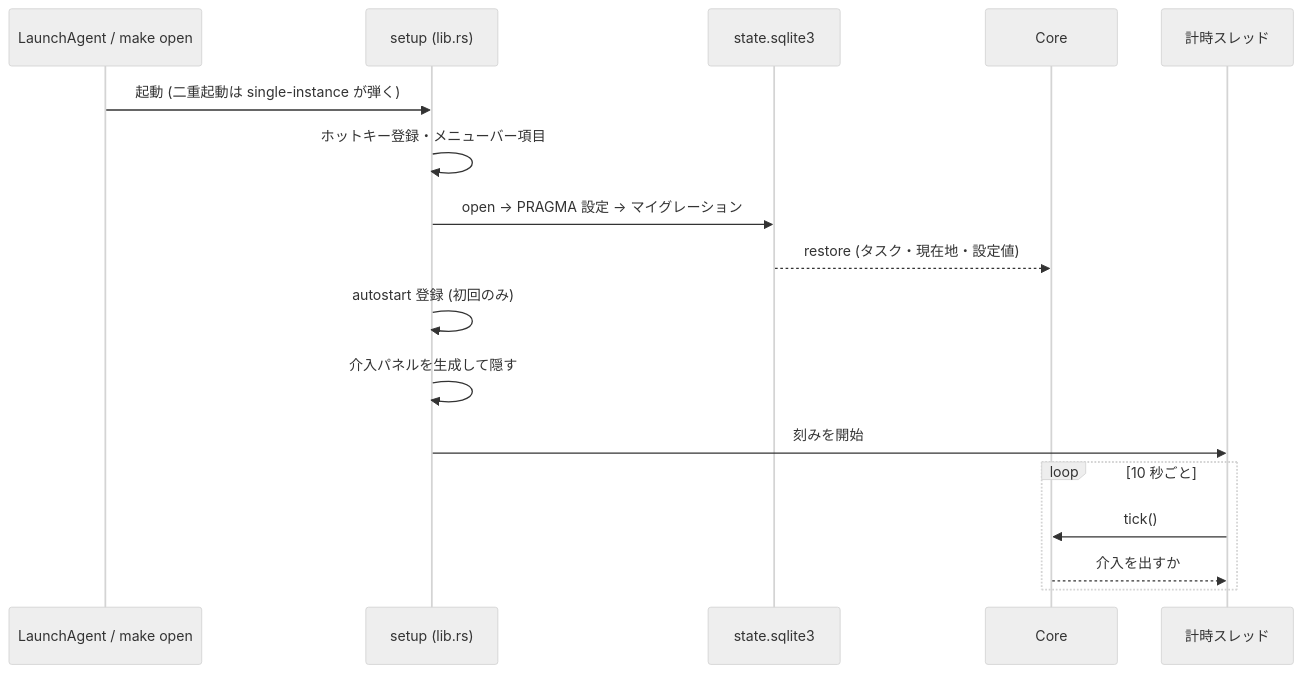
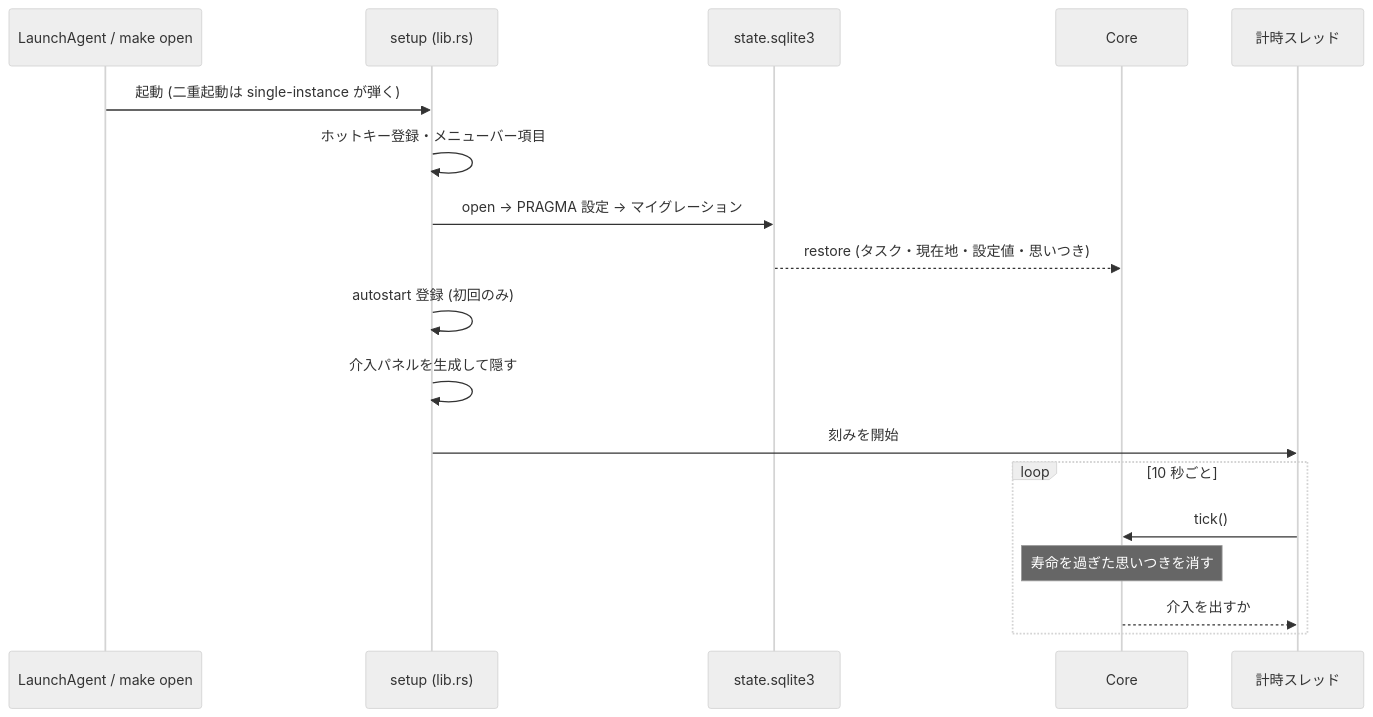
The second of 2 diagrams in docs/architecture.md (onzuka24/my-task-manager), drawn with Mermaid (neutral theme) before and after one commit. The commit also changed other lines of this file and 19 other files, not shown here.

````diff
--- a/docs/architecture.md
+++ b/docs/architecture.md
@@ -123,20 +124,21 @@
 ```mermaid
 sequenceDiagram
     participant L as LaunchAgent / make open
     participant S as setup (lib.rs)
     participant DB as state.sqlite3
     participant C as Core
     participant T as 計時スレッド
 
     L->>S: 起動 (二重起動は single-instance が弾く)
     S->>S: ホットキー登録・メニューバー項目
     S->>DB: open → PRAGMA 設定 → マイグレーション
-    DB-->>C: restore (タスク・現在地・設定値)
+    DB-->>C: restore (タスク・現在地・設定値・思いつき)
     S->>S: autostart 登録 (初回のみ)
     S->>S: 介入パネルを生成して隠す
     S->>T: 刻みを開始
     loop 10 秒ごと
         T->>C: tick()
+        Note over C: 寿命を過ぎた思いつきを消す
         C-->>T: 介入を出すか
     end
 ```
````
